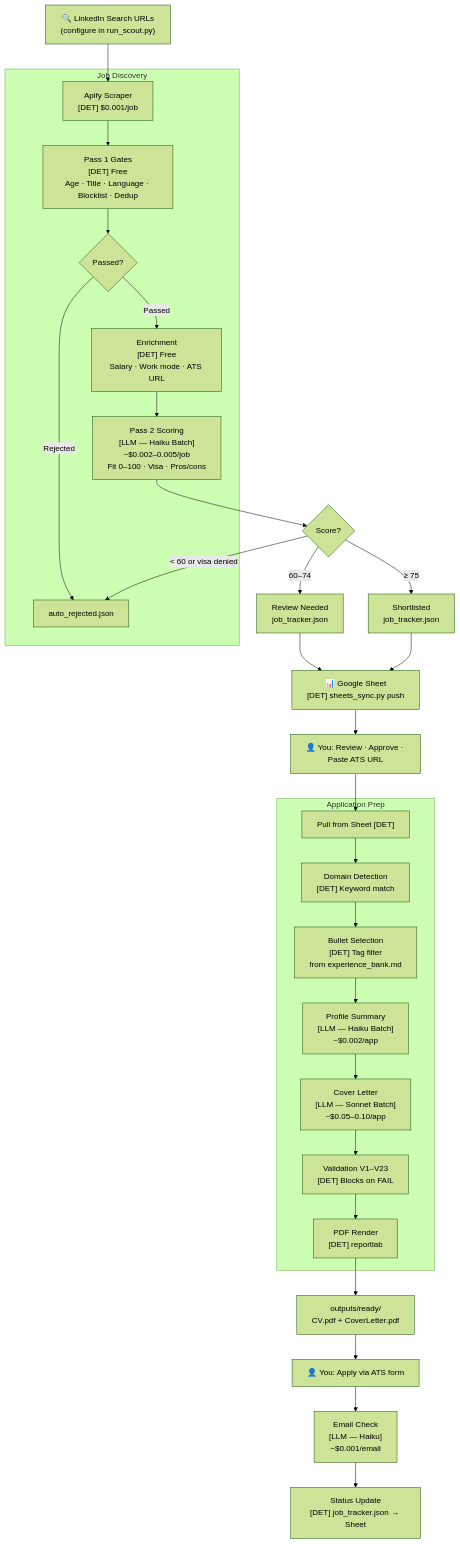
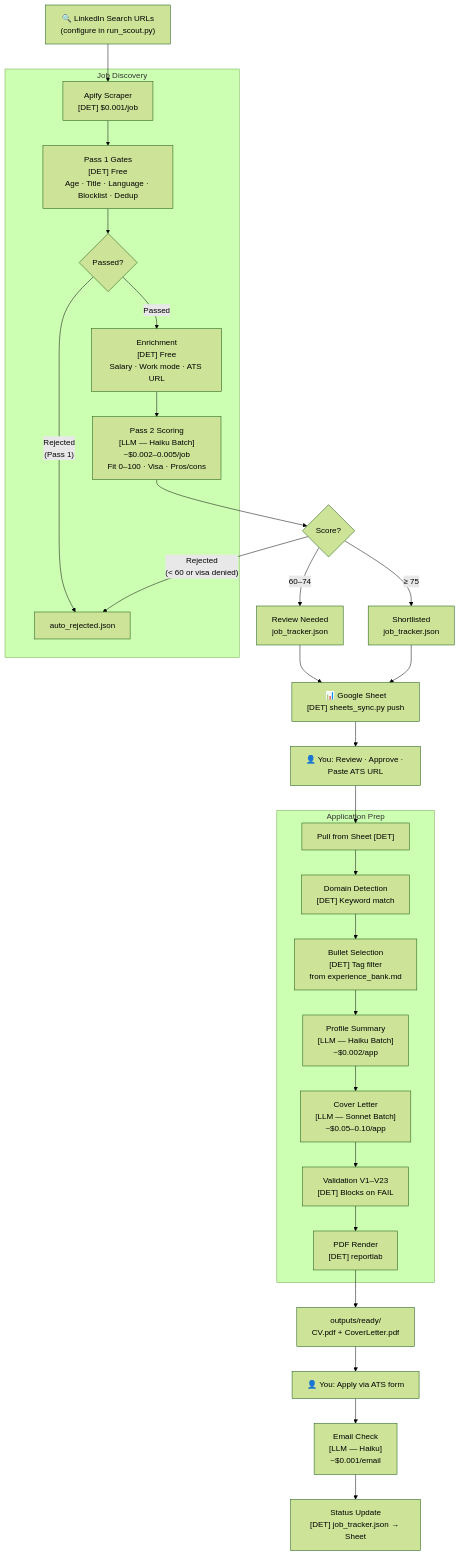
The diagram in README.md (vinaypatidar02/job-agent), drawn with Mermaid (forest theme) before and after one commit. The commit also changed 3 other files, not shown here.

````diff
--- a/README.md
+++ b/README.md
@@ -31,37 +31,38 @@
 ```mermaid
 flowchart TD
     A["🔍 LinkedIn Search URLs\n(configure in run_scout.py)"] --> B
+    E["auto_rejected.json"]
 
     subgraph SCOUT ["Job Discovery"]
         B["Apify Scraper\n[DET] $0.001/job"] --> C
         C["Pass 1 Gates\n[DET] Free\nAge · Title · Language · Blocklist · Dedup"] --> D
         D{Passed?}
-        D -- Rejected --> E["auto_rejected.json"]
+        D -- "Rejected\n(Pass 1)" --> E
         D -- Passed --> F["Enrichment\n[DET] Free\nSalary · Work mode · ATS URL"]
         F --> G["Pass 2 Scoring\n[LLM — Haiku Batch]\n~$0.002–0.005/job\nFit 0–100 · Visa · Pros/cons"]
     end
 
     G --> H{Score?}
-    H -- "< 60 or visa denied" --> E
+    H -- "Rejected\n(< 60 or visa denied)" --> E
     H -- "60–74" --> I["Review Needed\njob_tracker.json"]
     H -- "≥ 75" --> J["Shortlisted\njob_tracker.json"]
 
     I --> K["📊 Google Sheet\n[DET] sheets_sync.py push"]
     J --> K
     K --> L["👤 You: Review · Approve · Paste ATS URL"]
     L --> M["Pull from Sheet [DET]"]
 
     subgraph PREP ["Application Prep"]
         M --> N["Domain Detection\n[DET] Keyword match"]
         N --> O["Bullet Selection\n[DET] Tag filter\nfrom experience_bank.md"]
         O --> P["Profile Summary\n[LLM — Haiku Batch]\n~$0.002/app"]
         P --> Q["Cover Letter\n[LLM — Sonnet Batch]\n~$0.05–0.10/app"]
         Q --> R["Validation V1–V23\n[DET] Blocks on FAIL"]
         R --> S["PDF Render\n[DET] reportlab"]
     end
 
     S --> T["outputs/ready/\nCV.pdf + CoverLetter.pdf"]
     T --> U["👤 You: Apply via ATS form"]
     U --> V["Email Check\n[LLM — Haiku]\n~$0.001/email"]
     V --> W["Status Update\n[DET] job_tracker.json → Sheet"]
 ```
````
